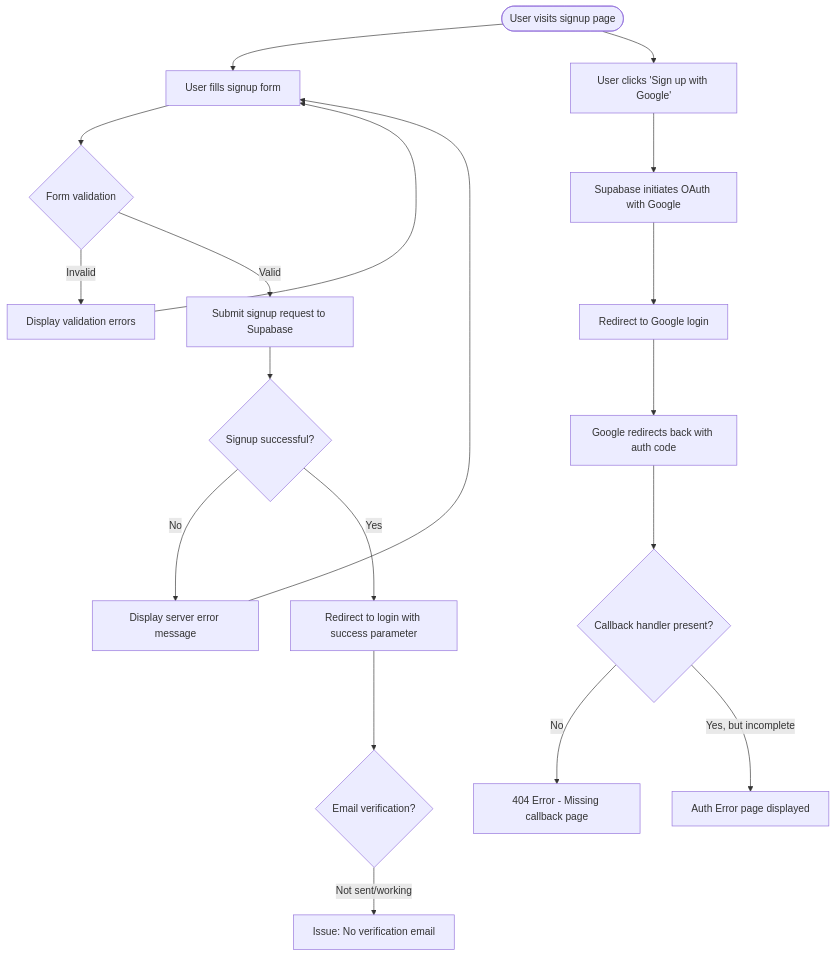
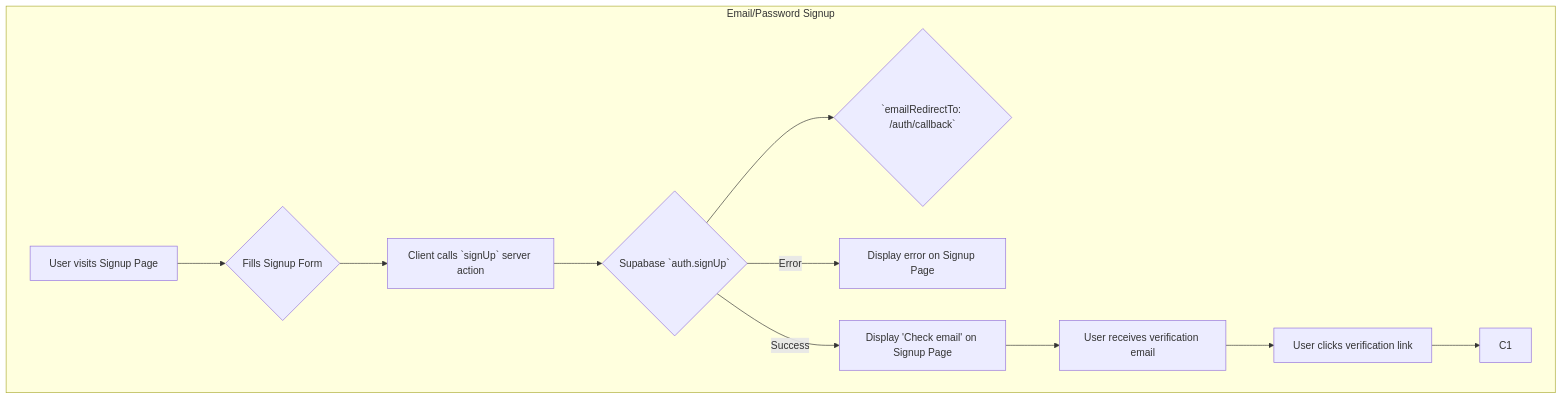
The first of 3 diagrams in docs/auth-flow.md (AojdevStudio/dental-dashboard), drawn with Mermaid before and after one commit. The commit also changed other lines of this file and 42 other files, not shown here.

````diff
--- a/docs/auth-flow.md
+++ b/docs/auth-flow.md
@@ -1,29 +1,14 @@
 ```mermaid
 flowchart TD
-    Start([User visits signup page]) --> FillForm[User fills signup form]
-    FillForm --> Validation{Form validation}
-    Validation -->|Invalid| ShowErrors[Display validation errors]
-    ShowErrors --> FillForm
-    
-    Validation -->|Valid| AttemptSignup[Submit signup request to Supabase]
-    AttemptSignup --> SignupSuccess{Signup successful?}
-    
-    SignupSuccess -->|No| DisplayError[Display server error message]
-    DisplayError --> FillForm
-    
-    SignupSuccess -->|Yes| RedirectLogin[Redirect to login with success parameter]
-    
-    %% Google OAuth Flow
-    Start --> ClickGoogle[User clicks 'Sign up with Google']
-    ClickGoogle --> GoogleOAuth[Supabase initiates OAuth with Google]
-    GoogleOAuth --> GoogleRedirect[Redirect to Google login]
-    GoogleRedirect --> GoogleCallback[Google redirects back with auth code]
-    GoogleCallback --> MissingCallback{Callback handler present?}
-    
-    MissingCallback -->|No| Error404[404 Error - Missing callback page]
-    MissingCallback -->|Yes, but incomplete| AuthError[Auth Error page displayed]
-    
-    %% Current issue
-    RedirectLogin --> NoVerification{Email verification?}
-    NoVerification -->|Not sent/working| Issue2[Issue: No verification email]
+    subgraph Email/Password Signup
+        A1[User visits Signup Page] --> A2{Fills Signup Form}
+        A2 --> A3[Client calls `signUp` server action]
+        A3 --> A4{Supabase `auth.signUp`}
+        A4 --> A5{`emailRedirectTo: /auth/callback`}
+        A4 -- Error --> A6[Display error on Signup Page]
+        A4 -- Success --> A7[Display 'Check email' on Signup Page]
+        A7 --> A8[User receives verification email]
+        A8 --> A9[User clicks verification link]
+        A9 --> C1
+    end
 ```
````
